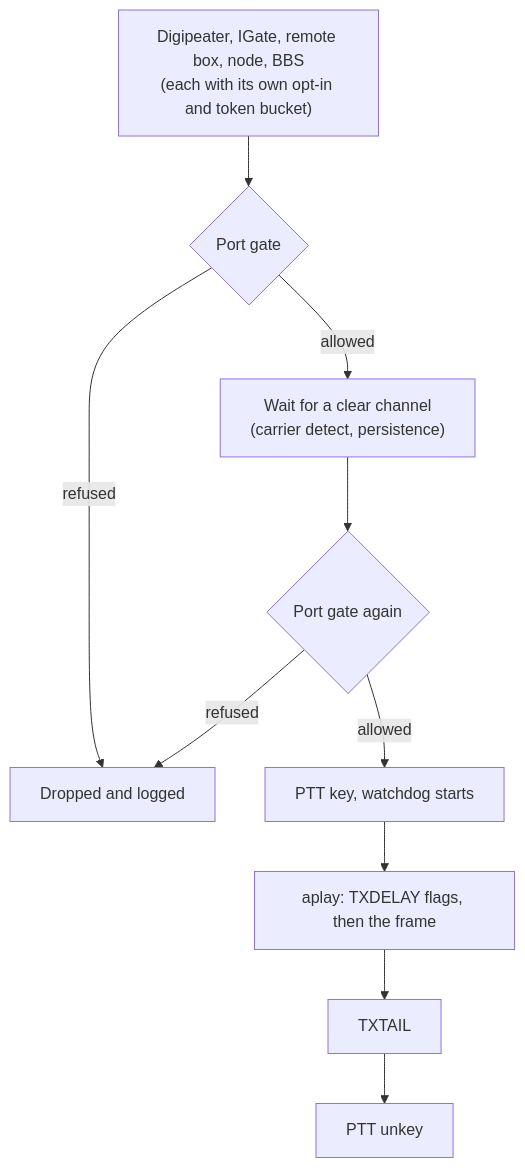
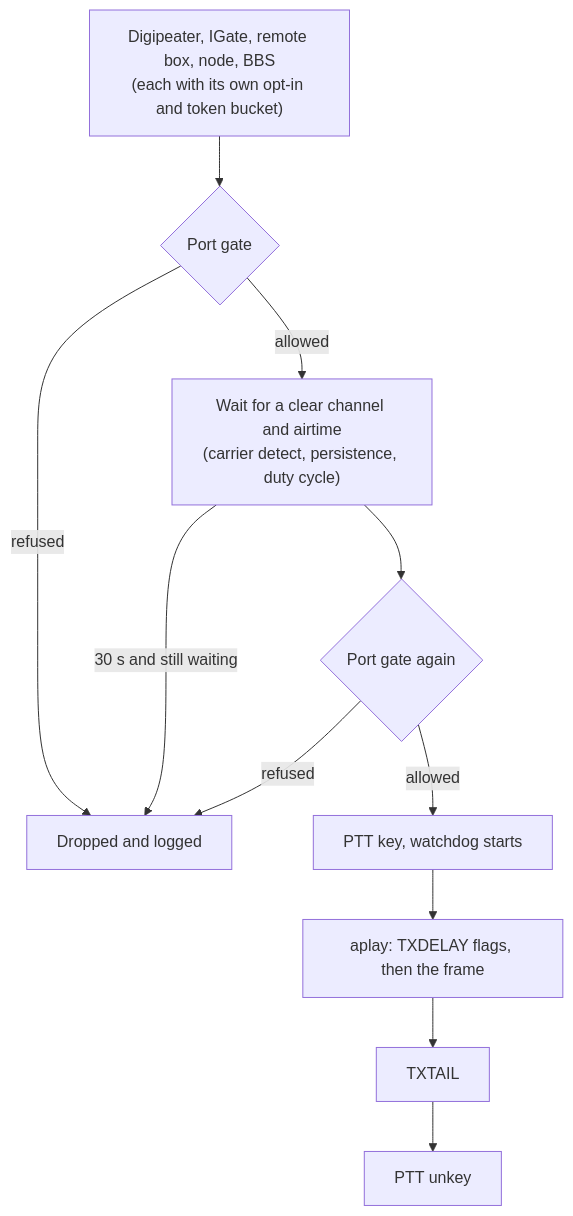
Before and after one commit to apachler/aprscaching: the diagram in docs/run/radios/soundcard.md, drawn with Mermaid. The commit also changed other lines of this file and 42 other files, not shown here.

````diff
--- a/docs/run/radios/soundcard.md
+++ b/docs/run/radios/soundcard.md
@@ -33,12 +42,13 @@
 ```mermaid
 flowchart TB
   fn["Digipeater, IGate, remote box, node, BBS<br/>(each with its own opt-in and token bucket)"] --> gate{"Port gate"}
   gate -- "refused" --> drop["Dropped and logged"]
-  gate -- "allowed" --> csma["Wait for a clear channel<br/>(carrier detect, persistence)"]
+  gate -- "allowed" --> csma["Wait for a clear channel and airtime<br/>(carrier detect, persistence, duty cycle)"]
+  csma -- "30 s and still waiting" --> drop
   csma --> recheck{"Port gate again"}
   recheck -- "refused" --> drop
   recheck -- "allowed" --> key["PTT key, watchdog starts"]
   key --> play["aplay: TXDELAY flags, then the frame"]
   play --> tail["TXTAIL"]
   tail --> unkey["PTT unkey"]
 ```
````
